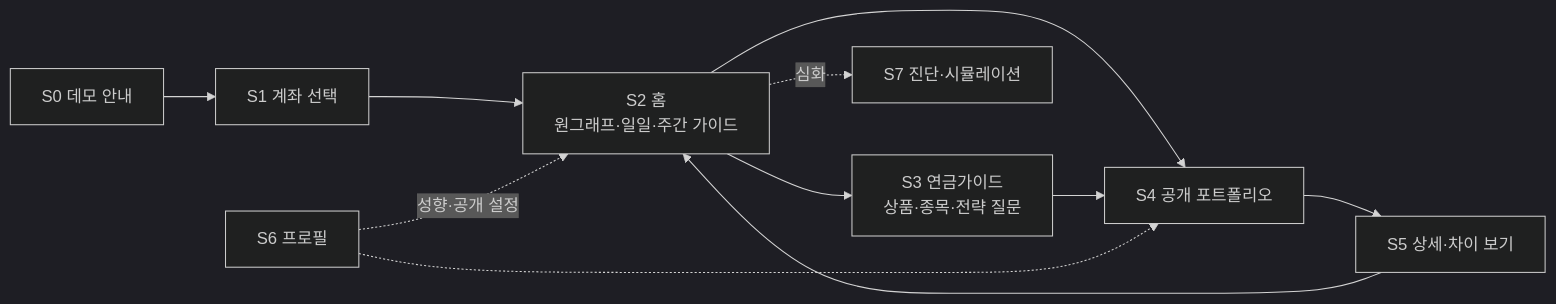
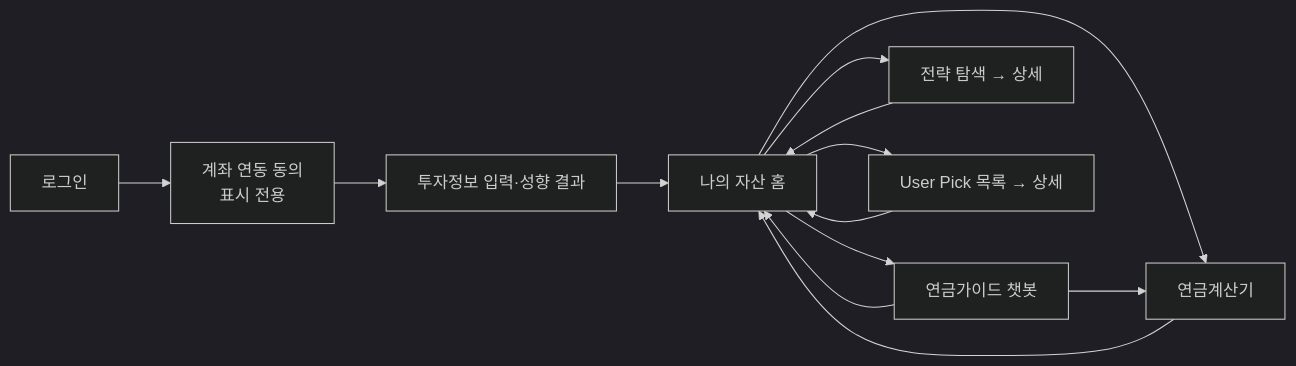
One commit to jyleo2k2/KDA-securities changed the diagram in docs/10_기획/화면_유저플로우.md. Above: the diagram before and after it, drawn with Mermaid (dark theme). The commit also changed other lines of this file and 7 other files, not shown here.

```diff
--- a/docs/10_기획/화면_유저플로우.md
+++ b/docs/10_기획/화면_유저플로우.md
@@ -22,13 +22,15 @@
 ~~~mermaid
 flowchart LR
-    S0["S0 데모 안내"] --> S1["S1 계좌 선택"]
-    S1 --> S2["S2 홈<br/>원그래프·일일·주간 가이드"]
-    S2 --> S3["S3 연금가이드<br/>상품·종목·전략 질문"]
-    S2 --> S4["S4 공개 포트폴리오"]
-    S3 --> S4
-    S4 --> S5["S5 상세·차이 보기"]
-    S5 --> S2
-    S2 -. "심화" .-> S7["S7 진단·시뮬레이션"]
-    S6["S6 프로필"] -. "성향·공개 설정" .-> S2
-    S6 -.-> S4
+    A["로그인"] --> B["계좌 연동 동의<br/>표시 전용"]
+    B --> C["투자정보 입력·성향 결과"]
+    C --> D["나의 자산 홈"]
+    D --> E["연금가이드 챗봇"]
+    D --> F["연금계산기"]
+    D --> G["전략 탐색 → 상세"]
+    D --> H["User Pick 목록 → 상세"]
+    E --> F
+    E --> D
+    F --> D
+    G --> D
+    H --> D
 ~~~
```
